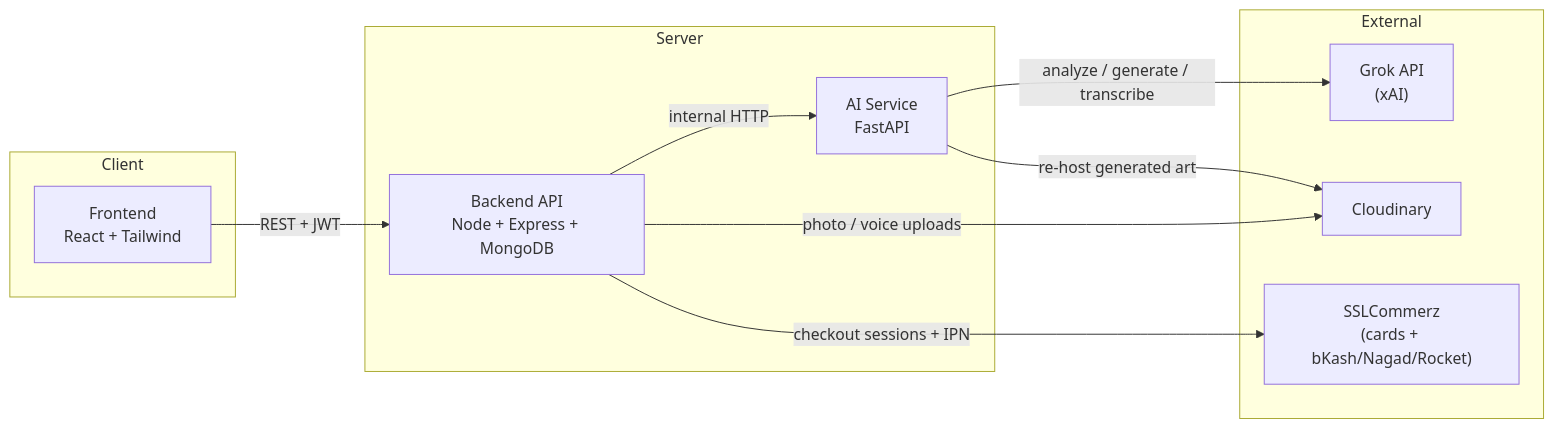
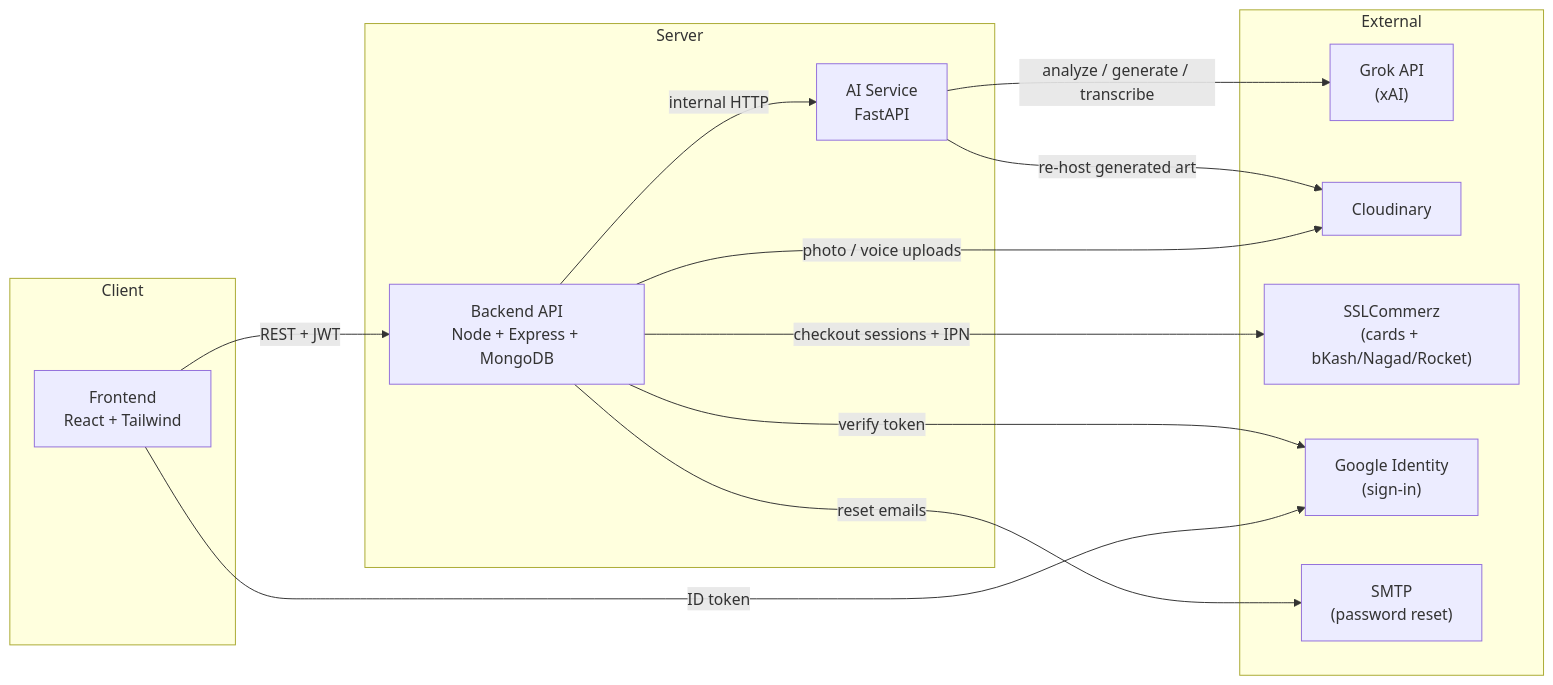
One commit to Zahin2470/AI-Personalized-Memory-Art changed the diagram in README.md. Above: the diagram before and after it, drawn with Mermaid. The commit also changed other lines of this file and 64 other files, not shown here.

````diff
--- a/README.md
+++ b/README.md
@@ -68,22 +79,27 @@
 ```mermaid
 flowchart LR
     subgraph Client
         FE["Frontend<br/>React + Tailwind"]
     end
     subgraph Server
         BE["Backend API<br/>Node + Express + MongoDB"]
         AI["AI Service<br/>FastAPI"]
     end
     subgraph External
         GROK["Grok API<br/>(xAI)"]
         CLOUD["Cloudinary"]
         SSL["SSLCommerz<br/>(cards + bKash/Nagad/Rocket)"]
+        GOOGLE["Google Identity<br/>(sign-in)"]
+        SMTP["SMTP<br/>(password reset)"]
     end
 
     FE -->|REST + JWT| BE
+    FE -->|ID token| GOOGLE
+    BE -->|verify token| GOOGLE
     BE -->|internal HTTP| AI
     AI -->|analyze / generate / transcribe| GROK
     BE -->|photo / voice uploads| CLOUD
     AI -->|re-host generated art| CLOUD
     BE -->|checkout sessions + IPN| SSL
+    BE -->|reset emails| SMTP
 ```
````
